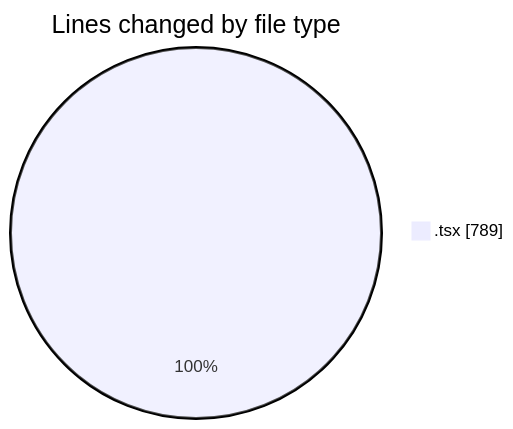
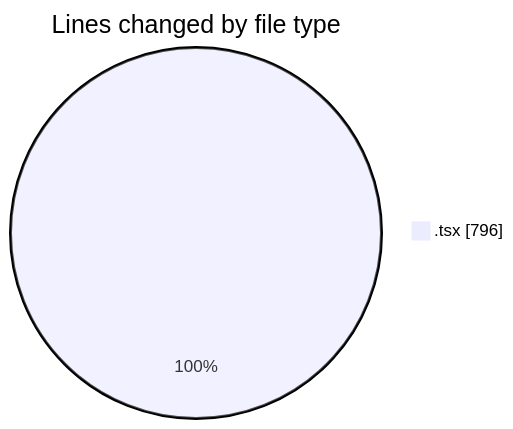
The first of 2 diagrams in 2025-09-15/cda/README.md (momahboobian/code-tracking), drawn with Mermaid before and after one commit. The commit also changed other lines of this file and 1 other file, not shown here.

````diff
--- a/2025-09-15/cda/README.md
+++ b/2025-09-15/cda/README.md
@@ -21,5 +21,5 @@
 ```mermaid
 pie showData
 title Lines changed by file type
-".tsx" : 789
+".tsx" : 796
 ```
````
